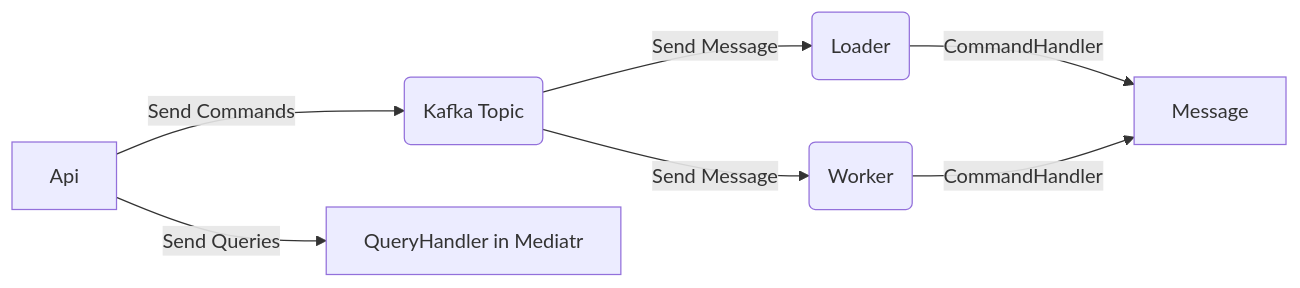
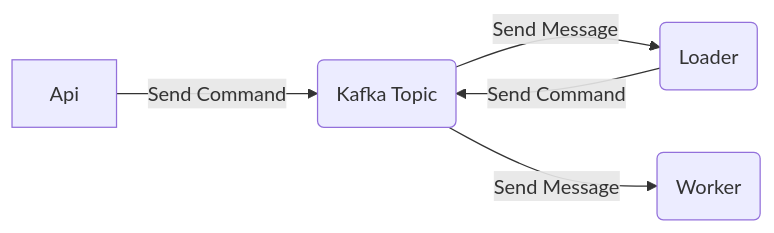
The first of 3 diagrams in sample-02/README.md (luanmds/kafka-dotnet-study), drawn with Mermaid before and after one commit. The commit also changed other lines of this file and 32 other files, not shown here.

````diff
--- a/sample-02/README.md
+++ b/sample-02/README.md
@@ -21,10 +20,7 @@
 ```mermaid
     graph LR
-        A[Api] -->|Send Commands <br/>| B(Kafka Topic);
-        A -->|Send Queries| F[QueryHandler in Mediatr];
+        A[Api] -->|Send Command <br/>| B(Kafka Topic);
+        C -->|Send Command <br/>| B(Kafka Topic);
         B -->|Send Message| C(Loader);
         B -->|Send Message| D(Worker);
-        C -->|CommandHandler| E[Message];
-        
-        D -->|CommandHandler| E[Message];
 ```
````
